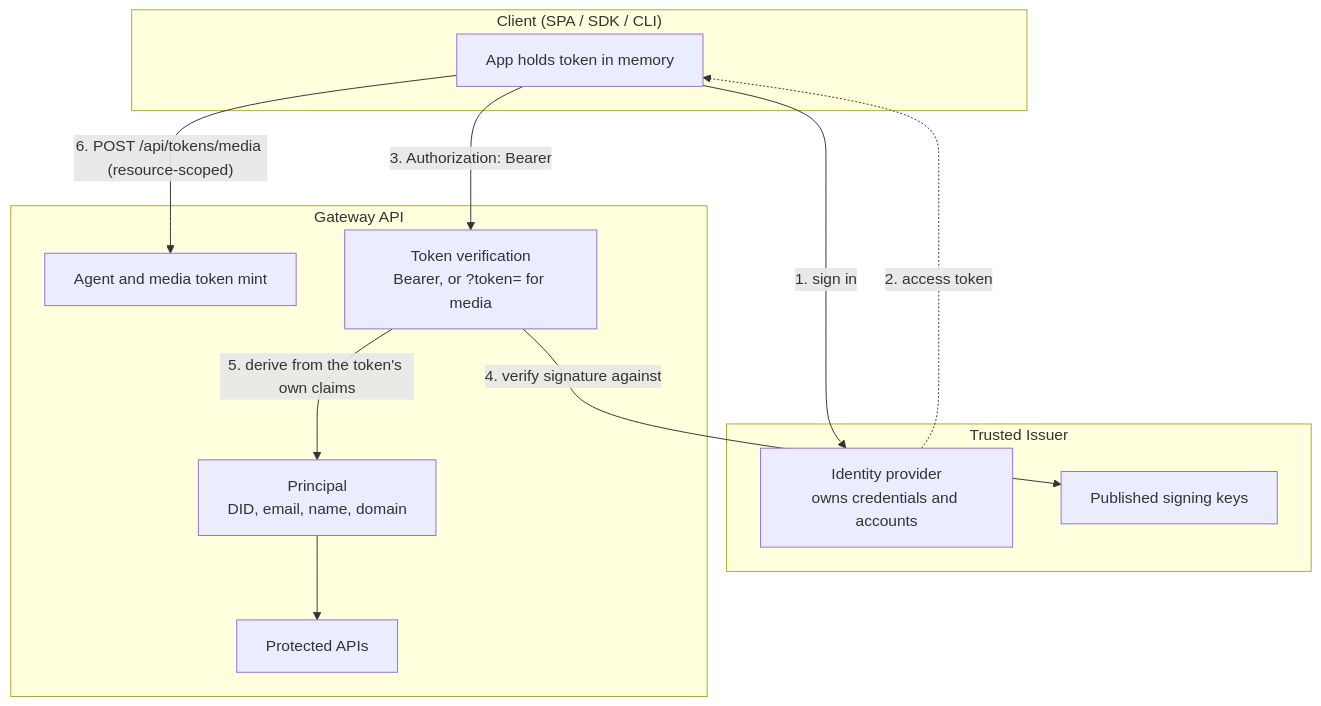
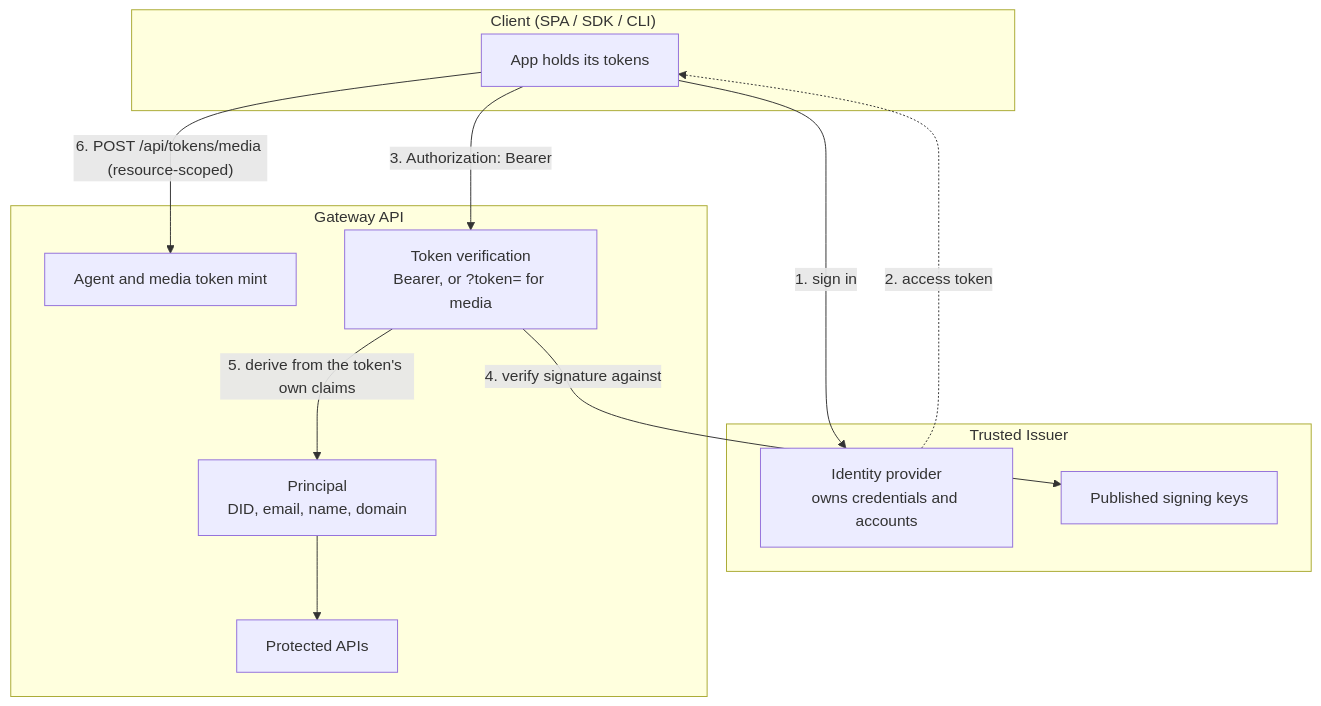
Before and after one commit to The-AI-Alliance/semiont: the diagram in docs/operator/administration/AUTHENTICATION.md, drawn with Mermaid. The commit also changed other lines of this file and 223 other files, not shown here.

````diff
--- a/docs/operator/administration/AUTHENTICATION.md
+++ b/docs/operator/administration/AUTHENTICATION.md
@@ -17,27 +17,27 @@
 ```mermaid
 graph TB
     subgraph "Client (SPA / SDK / CLI)"
-        App[App holds token in memory]
+        App[App holds its tokens]
     end
 
     subgraph "Trusted Issuer"
         IdP[Identity provider<br/>owns credentials and accounts]
         JWKS[Published signing keys]
     end
 
     subgraph "Gateway API"
         TokenGen[Agent and media token mint]
         MW[Token verification<br/>Bearer, or ?token= for media]
         Principal[Principal<br/>DID, email, name, domain]
         API[Protected APIs]
     end
 
     App -->|"1. sign in"| IdP
     IdP -.->|"2. access token"| App
 
     App -->|"3. Authorization: Bearer <token>"| MW
     MW -->|"4. verify signature against"| JWKS
     MW -->|"5. derive from the token's own claims"| Principal
     Principal --> API
     App -->|"6. POST /api/tokens/media (resource-scoped)"| TokenGen
 ```
````
